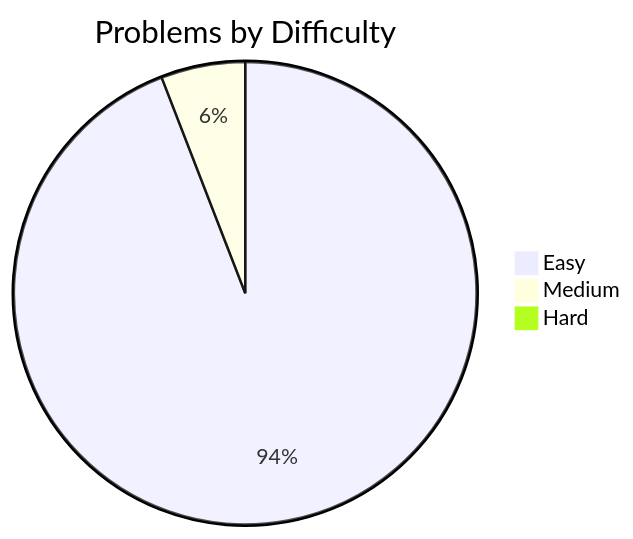
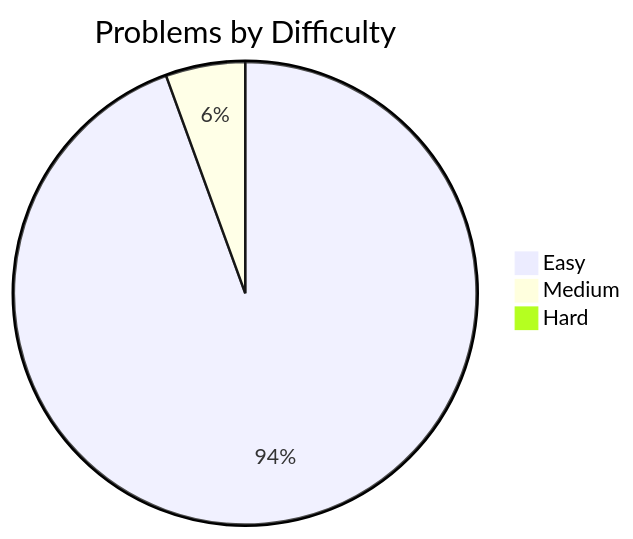
One commit to davelin18yufan/leetcode-journal changed the diagram in README.md. Above: the diagram before and after it, drawn with Mermaid. The commit also changed other lines of this file and 3 other files, not shown here.

````diff
--- a/README.md
+++ b/README.md
@@ -9,7 +9,7 @@
 ```mermaid
 pie
     title Problems by Difficulty
-    "Easy" : 16
+    "Easy" : 17
     "Medium" : 1
     "Hard" : 0
 ```
````
